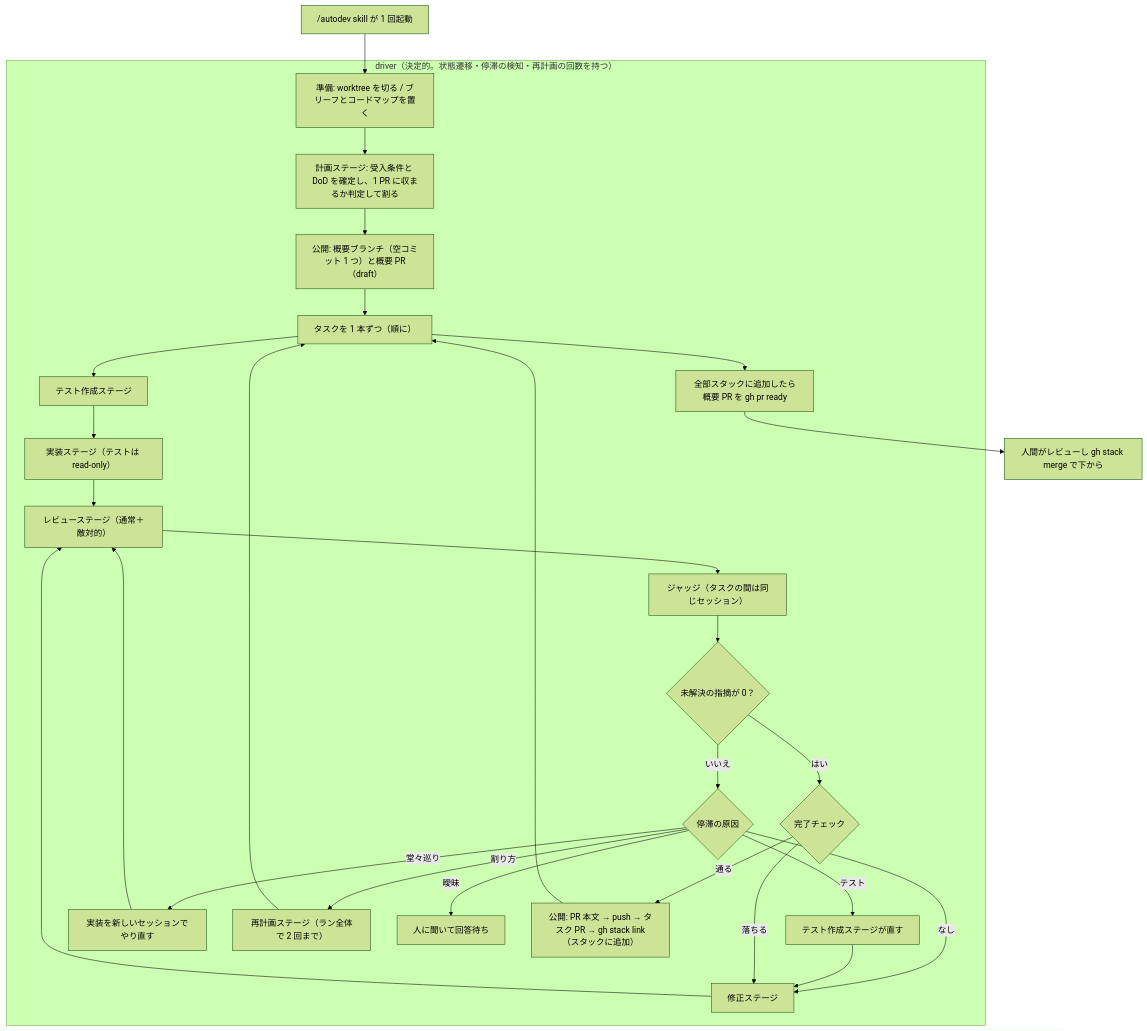
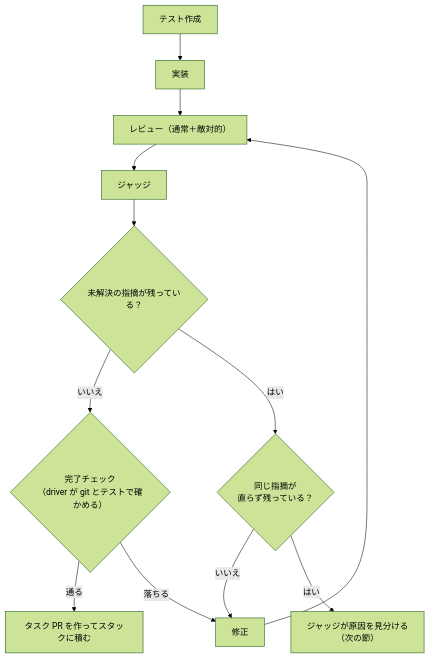
Before and after one commit to Luna-rab/dotfiles: the second of 3 diagrams in dist/dot-claude/skills/autodev/README.md, drawn with Mermaid (forest theme). The commit also changed other lines of this file and 3 other files, not shown here.

````diff
--- a/dist/dot-claude/skills/autodev/README.md
+++ b/dist/dot-claude/skills/autodev/README.md
@@ -130,25 +55,12 @@
 ```mermaid
 flowchart TD
-    start["/autodev skill が 1 回起動"] --> pre
-    subgraph driver["driver（決定的。状態遷移・停滞の検知・再計画の回数を持つ）"]
-        pre["準備: worktree を切る / ブリーフとコードマップを置く"] --> plan
-        plan["計画ステージ: 受入条件と DoD を確定し、1 PR に収まるか判定して割る"] --> base
-        base["公開: 概要ブランチ（空コミット 1 つ）と概要 PR（draft）"] --> loop
-        loop["タスクを 1 本ずつ（順に）"] --> tg
-        tg["テスト作成ステージ"] --> impl
-        impl["実装ステージ（テストは read-only）"] --> rv
-        rv["レビューステージ（通常＋敵対的）"] --> jd
-        jd["ジャッジ（タスクの間は同じセッション）"] --> decide{"未解決の指摘が 0？"}
-        decide -->|いいえ| route{"停滞の原因"}
-        route -->|なし| fix["修正ステージ"] --> rv
-        route -->|テスト| tg2["テスト作成ステージが直す"] --> fix
-        route -->|堂々巡り| redo["実装を新しいセッションでやり直す"] --> rv
-        route -->|割り方| replan["再計画ステージ（ラン全体で 2 回まで）"] --> loop
-        route -->|曖昧| ask["人に聞いて回答待ち"]
-        decide -->|はい| gateq{"完了チェック"}
-        gateq -->|通る| post["公開: PR 本文 → push → タスク PR → gh stack link（スタックに追加）"] --> loop
-        gateq -->|落ちる| fix
-        loop --> done["全部スタックに追加したら概要 PR を gh pr ready"]
-    end
-    done --> human["人間がレビューし gh stack merge で下から"]
+    tg["テスト作成"] --> impl["実装"] --> rv["レビュー（通常＋敵対的）"]
+    rv --> jd["ジャッジ"]
+    jd --> q{"未解決の指摘が残っている？"}
+    q -->|いいえ| gate{"完了チェック<br/>（driver が git とテストで確かめる）"}
+    q -->|はい| stuck{"同じ指摘が<br/>直らず残っている？"}
+    stuck -->|いいえ| fix["修正"] --> rv
+    stuck -->|はい| cause["ジャッジが原因を見分ける<br/>（次の節）"]
+    gate -->|通る| pr["タスク PR を作ってスタックに積む"]
+    gate -->|落ちる| fix
 ```
````
